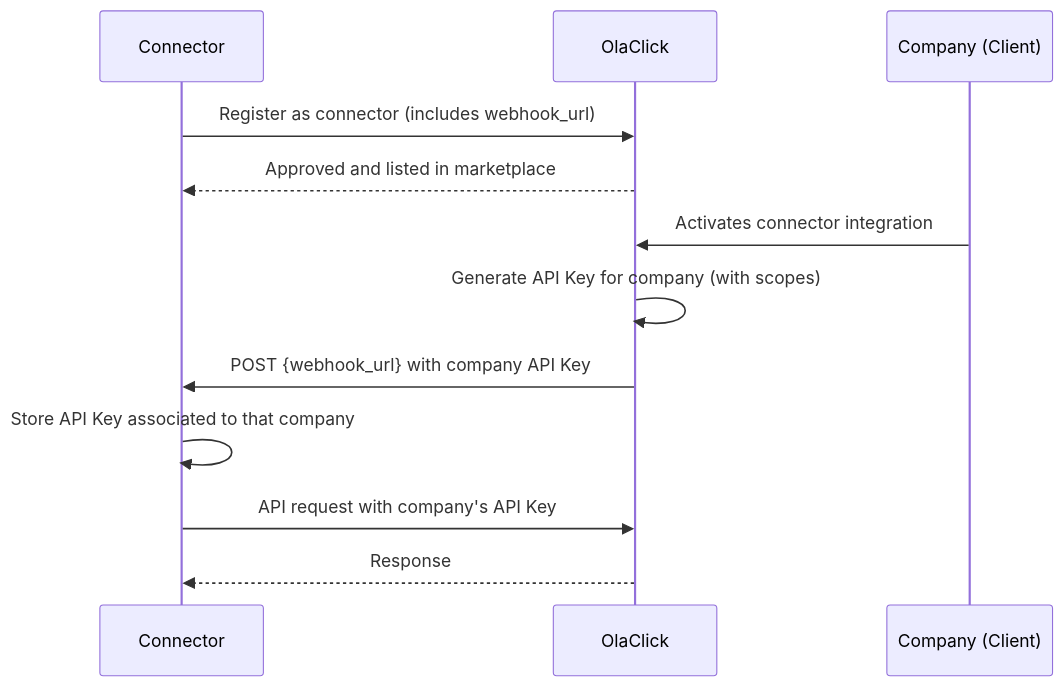
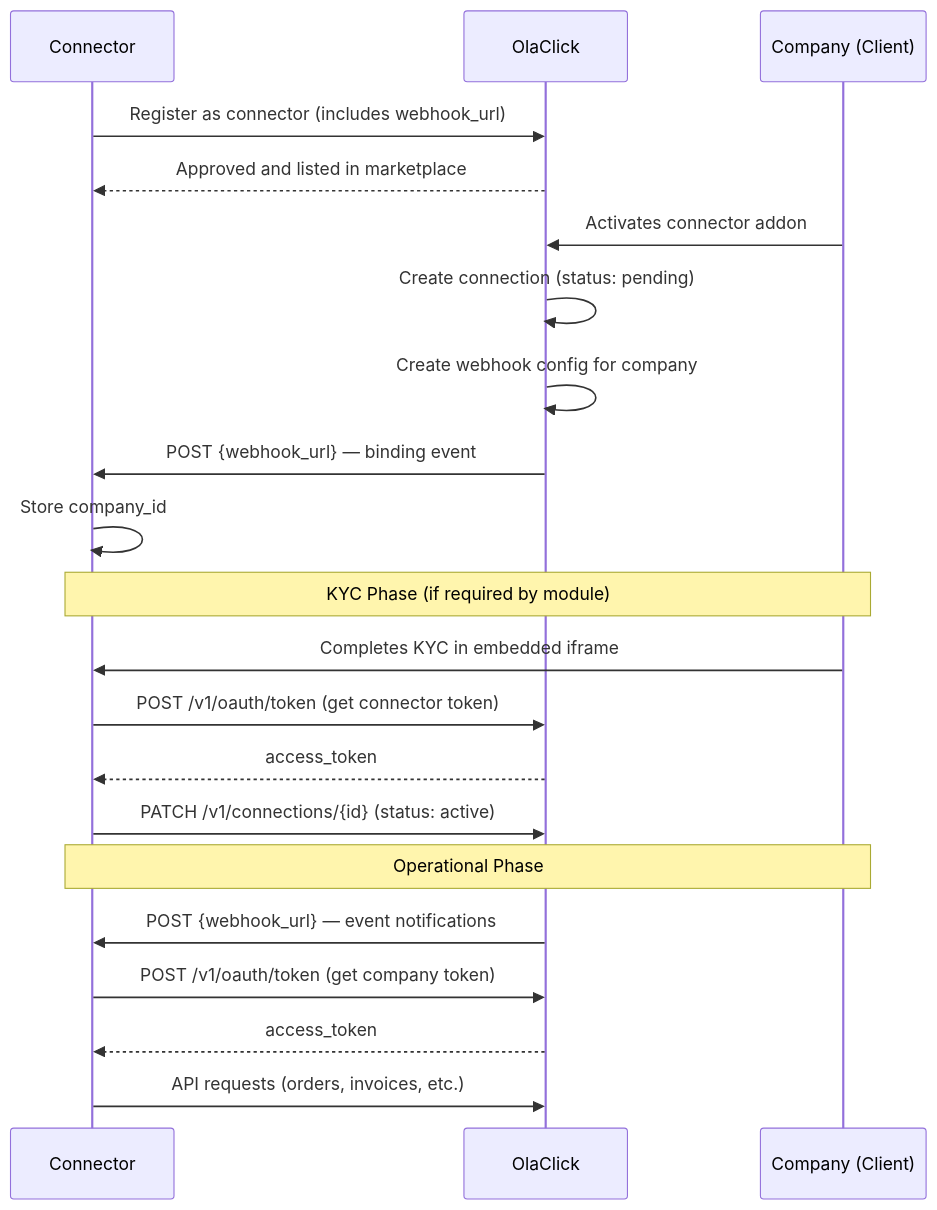
One commit to estefanno18/olaclick-partners-landing-page changed the diagram in docs/onboarding.md. Above: the diagram before and after it, drawn with Mermaid. The commit also changed other lines of this file and 12 other files, not shown here.

Commit message:
docs: SI-444 rewrite portal with connector terminology and corrected flows

````diff
--- a/docs/onboarding.md
+++ b/docs/onboarding.md
@@ -13,17 +13,27 @@
 ```mermaid
 sequenceDiagram
     participant Connector as Connector
     participant OlaClick as OlaClick
     participant Company as Company (Client)
 
     Connector->>OlaClick: Register as connector (includes webhook_url)
     OlaClick-->>Connector: Approved and listed in marketplace
 
-    Company->>OlaClick: Activates connector integration
-    OlaClick->>OlaClick: Generate API Key for company (with scopes)
-    OlaClick->>Connector: POST {webhook_url} with company API Key
-    Connector->>Connector: Store API Key associated to that company
+    Company->>OlaClick: Activates connector addon
+    OlaClick->>OlaClick: Create connection (status: pending)
+    OlaClick->>OlaClick: Create webhook config for company
+    OlaClick->>Connector: POST {webhook_url} — binding event
+    Connector->>Connector: Store company_id
 
-    Connector->>OlaClick: API request with company's API Key
-    OlaClick-->>Connector: Response
+    Note over Company,Connector: KYC Phase (if required by module)
+    Company->>Connector: Completes KYC in embedded iframe
+    Connector->>OlaClick: POST /v1/oauth/token (get connector token)
+    OlaClick-->>Connector: access_token
+    Connector->>OlaClick: PATCH /v1/connections/{id} (status: active)
+
+    Note over Company,Connector: Operational Phase
+    OlaClick->>Connector: POST {webhook_url} — event notifications
+    Connector->>OlaClick: POST /v1/oauth/token (get company token)
+    OlaClick-->>Connector: access_token
+    Connector->>OlaClick: API requests (orders, invoices, etc.)
 ```
````
